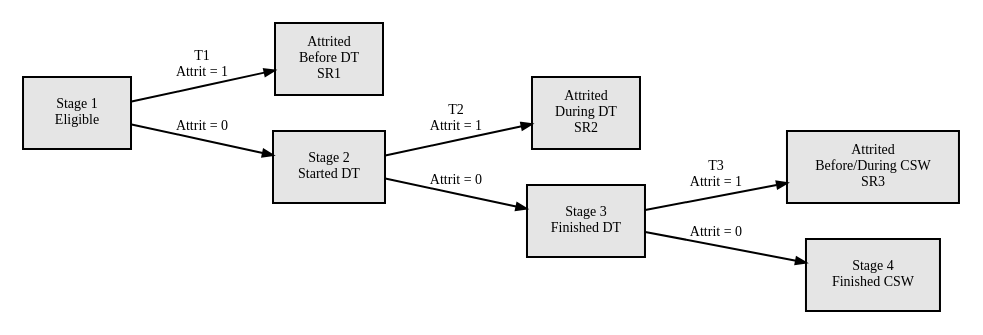
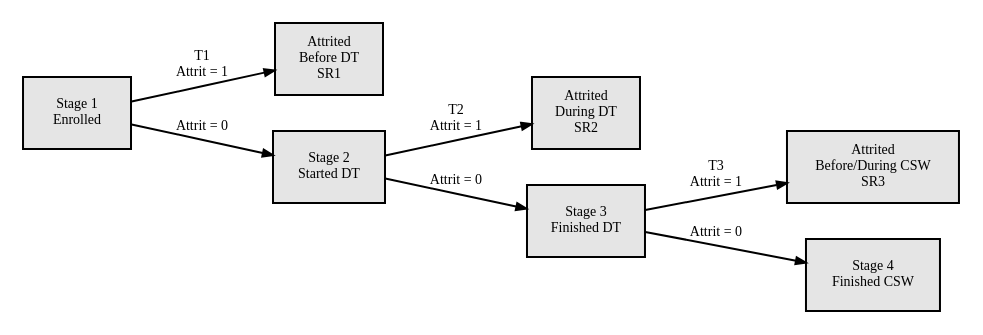
Before and after one commit to sjpierce/SANETPA: the diagram in scripts/Import_Data.qmd, drawn with Graphviz.

Commit message:
Update stage diagram.

````diff
--- a/scripts/Import_Data.qmd
+++ b/scripts/Import_Data.qmd
@@ -795,34 +795,34 @@
 ```{dot}
 //| label: fig-Stages
 //| fig-cap: Stages, Thresholds (T1-T3), and Stopping Ratios (SR1-SR3) in the 
 //|          SANE Training Program. CSW, clinical skills workshop; DT, didactic 
 //|          training.
 //| fig-width: 5
 //| fig-height: 2.5
 
 digraph StagesModeled {
 
 graph [rankdir="LR"];
 
 node [shape = "box", style= "filled", fillcolor = "Gray90", fontsize = "7"];
 A1 [label = "Attrited\nBefore DT\nSR1"]
 A2 [label = "Attrited\nDuring DT\nSR2"]
 A3 [label = "Attrited\nBefore/During CSW\nSR3"]
 
-S1 [label = "Stage 1\nEligible"]
+S1 [label = "Stage 1\nEnrolled"]
 S2 [label = "Stage 2\nStarted DT"]
 S3 [label = "Stage 3\nFinished DT"]
 S4 [label = "Stage 4\nFinished CSW"]
 
 edge [fontsize = "7", arrowsize = 0.5];
 
 S1 -> A1 [label = "T1\nAttrit = 1"]
 S2 -> A2 [label = "T2\nAttrit = 1"]
 S3 -> A3 [label = "T3\nAttrit = 1"]
 
 S1 -> S2 [label = "Attrit = 0"]
 S2 -> S3 [label = "Attrit = 0"]
 S3 -> S4 [label = "Attrit = 0"]
 
 }
 ```
````
